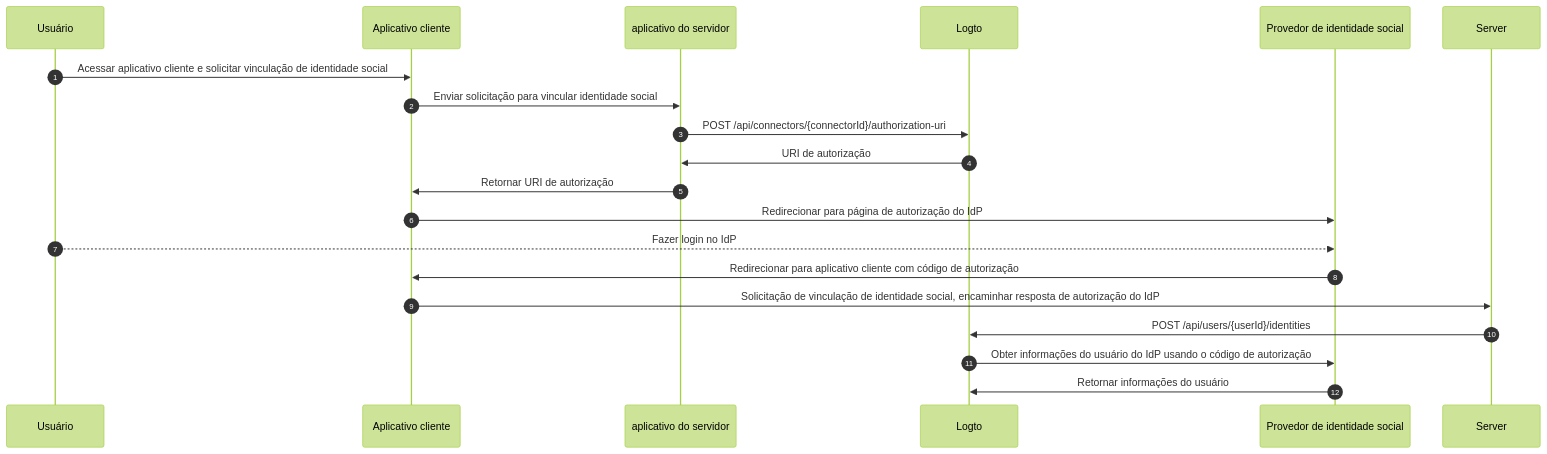
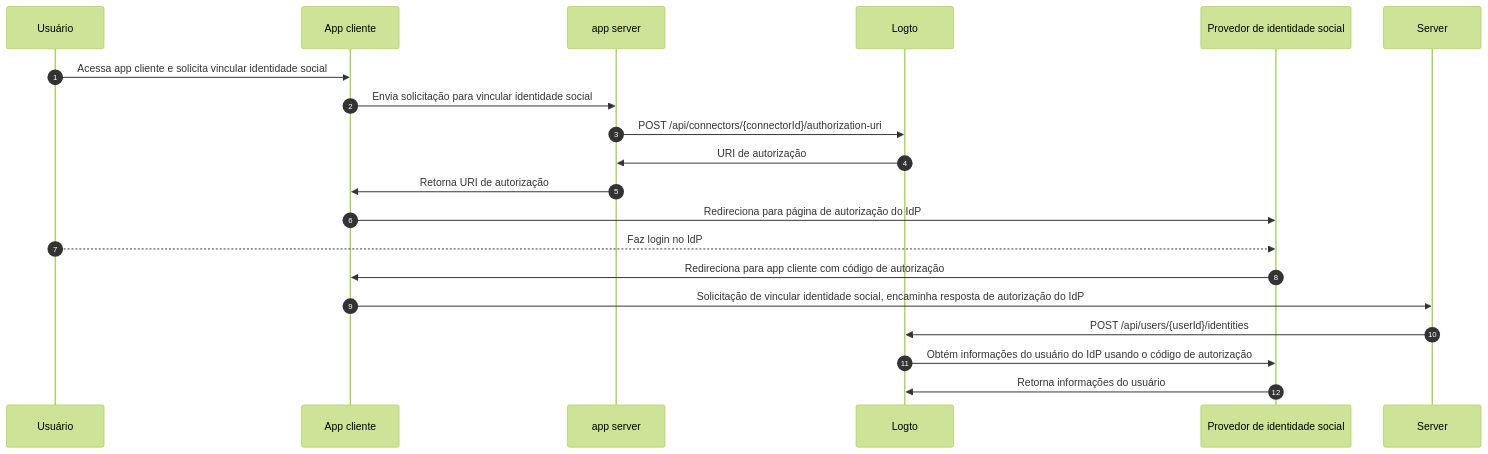
Before and after one commit to logto-io/docs: the third of 3 diagrams in i18n/pt-BR/docusaurus-plugin-content-docs/current/end-user-flows/account-settings/by-management-api.mdx, drawn with Mermaid (forest theme). The commit also changed other lines of this file and 162 other files, not shown here.

````diff
--- a/i18n/pt-BR/docusaurus-plugin-content-docs/current/end-user-flows/account-settings/by-management-api.mdx
+++ b/i18n/pt-BR/docusaurus-plugin-content-docs/current/end-user-flows/account-settings/by-management-api.mdx
@@ -120,22 +120,22 @@
 ```mermaid
 sequenceDiagram
     autoNumber
     participant User as Usuário
-    participant Client as Aplicativo cliente
-    participant App as aplicativo do servidor
+    participant Client as App cliente
+    participant App as app server
     participant Logto as Logto
     participant IdP as Provedor de identidade social
 
-    User ->> Client: Acessar aplicativo cliente e solicitar vinculação de identidade social
-    Client ->> App: Enviar solicitação para vincular identidade social
+    User ->> Client: Acessa app cliente e solicita vincular identidade social
+    Client ->> App: Envia solicitação para vincular identidade social
     App ->> Logto: POST /api/connectors/{connectorId}/authorization-uri
     Logto ->> App: URI de autorização
-    App ->> Client: Retornar URI de autorização
-    Client ->> IdP: Redirecionar para página de autorização do IdP
-    User -->> IdP: Fazer login no IdP
-    IdP ->> Client: Redirecionar para aplicativo cliente com código de autorização
-    Client ->> Server: Solicitação de vinculação de identidade social, encaminhar resposta de autorização do IdP
+    App ->> Client: Retorna URI de autorização
+    Client ->> IdP: Redireciona para página de autorização do IdP
+    User -->> IdP: Faz login no IdP
+    IdP ->> Client: Redireciona para app cliente com código de autorização
+    Client ->> Server: Solicitação de vincular identidade social, encaminha resposta de autorização do IdP
     Server ->> Logto: POST /api/users/{userId}/identities
-    Logto ->> IdP: Obter informações do usuário do IdP usando o código de autorização
-    IdP ->> Logto: Retornar informações do usuário
+    Logto ->> IdP: Obtém informações do usuário do IdP usando o código de autorização
+    IdP ->> Logto: Retorna informações do usuário
 ```
````
